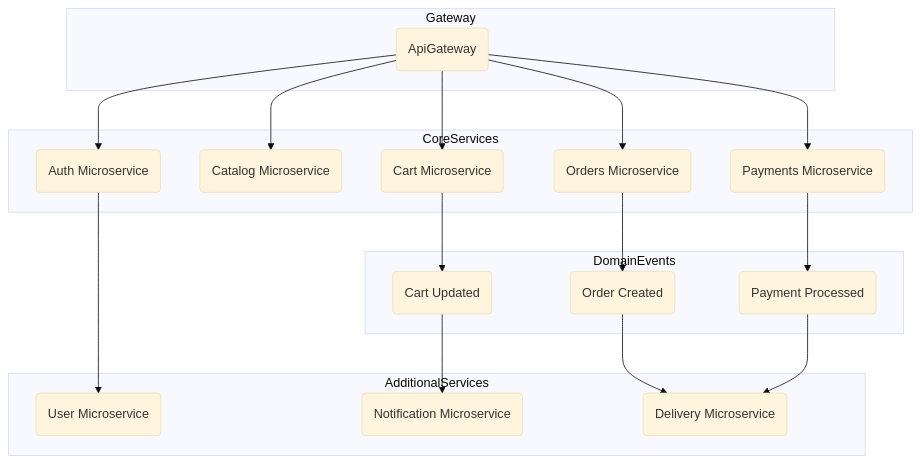
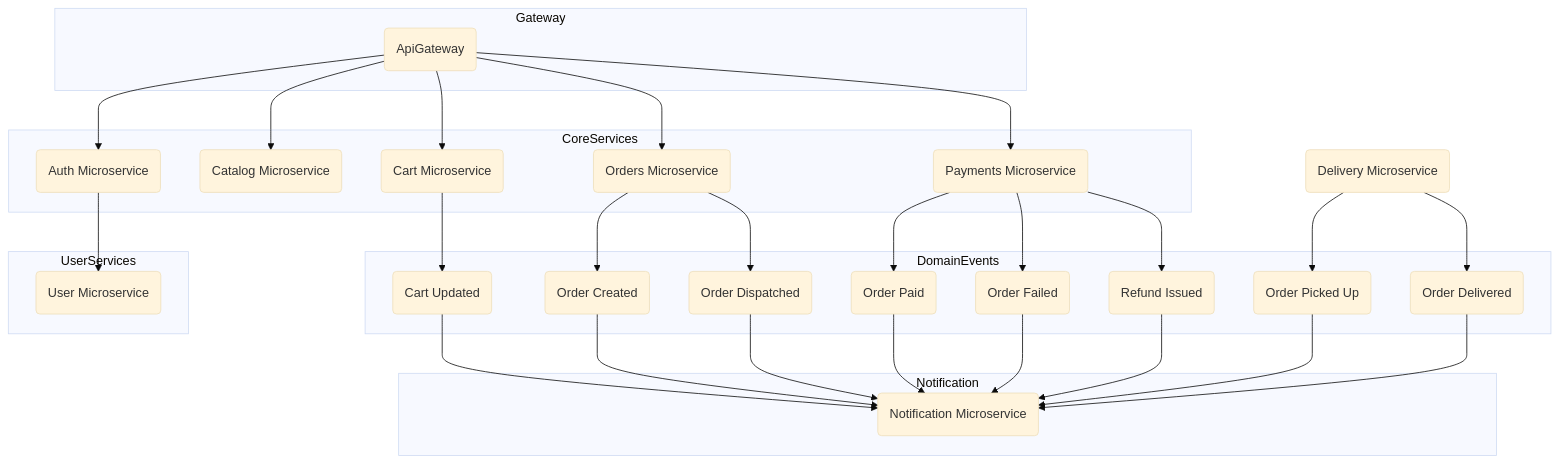
One commit to NVolnukhin/OrderAccountingSystem changed the diagram in README.md. Above: the diagram before and after it, drawn with Mermaid (base theme).

Commit message:
update READNE

````diff
--- a/README.md
+++ b/README.md
@@ -28,45 +28,70 @@
 ```mermaid
 graph TD
 
+    %% ───── Gateway ─────
     subgraph Gateway
         AG(ApiGateway)
     end
 
+    %% ───── Core Services ─────
     subgraph CoreServices
         AU(Auth Microservice)
         CA(Catalog Microservice)
         CR(Cart Microservice)
         OR(Orders Microservice)
         PA(Payments Microservice)
     end
 
+    %% ───── Domain Events ─────
     subgraph DomainEvents
         CU(Cart Updated)
         OC(Order Created)
-        PP(Payment Processed)
+        OP(Order Paid)
+        OF(Order Failed)
+        RF(Refund Issued)
+        OD(Order Dispatched)
+        OK(Order Picked Up)
+        DL(Order Delivered)
     end
 
-    subgraph AdditionalServices
+    %% ───── User Services ─────
+    subgraph UserServices
         US(User Microservice)
+    end
+
+    %% ───── Notification Layer ─────
+    subgraph Notification
         NO(Notification Microservice)
-        DE(Delivery Microservice)
     end
 
     %% Gateway routing
     AG --> AU
     AG --> CA
     AG --> CR
     AG --> OR
     AG --> PA
 
+    %% Auth → User interaction
     AU --> US
 
+    %% Events published by core services
     CR --> CU
     OR --> OC
-    PA --> PP
+    PA --> OP
+    PA --> OF
+    PA --> RF
+    OR --> OD
+    DE(Delivery Microservice) --> OK
+    DE --> DL
 
+    %% Notification reacts to all order-related events
     CU --> NO
-    OC --> DE
-    PP --> DE
+    OC --> NO
+    OP --> NO
+    OF --> NO
+    RF --> NO
+    OD --> NO
+    OK --> NO
+    DL --> NO
 
 ```
````
